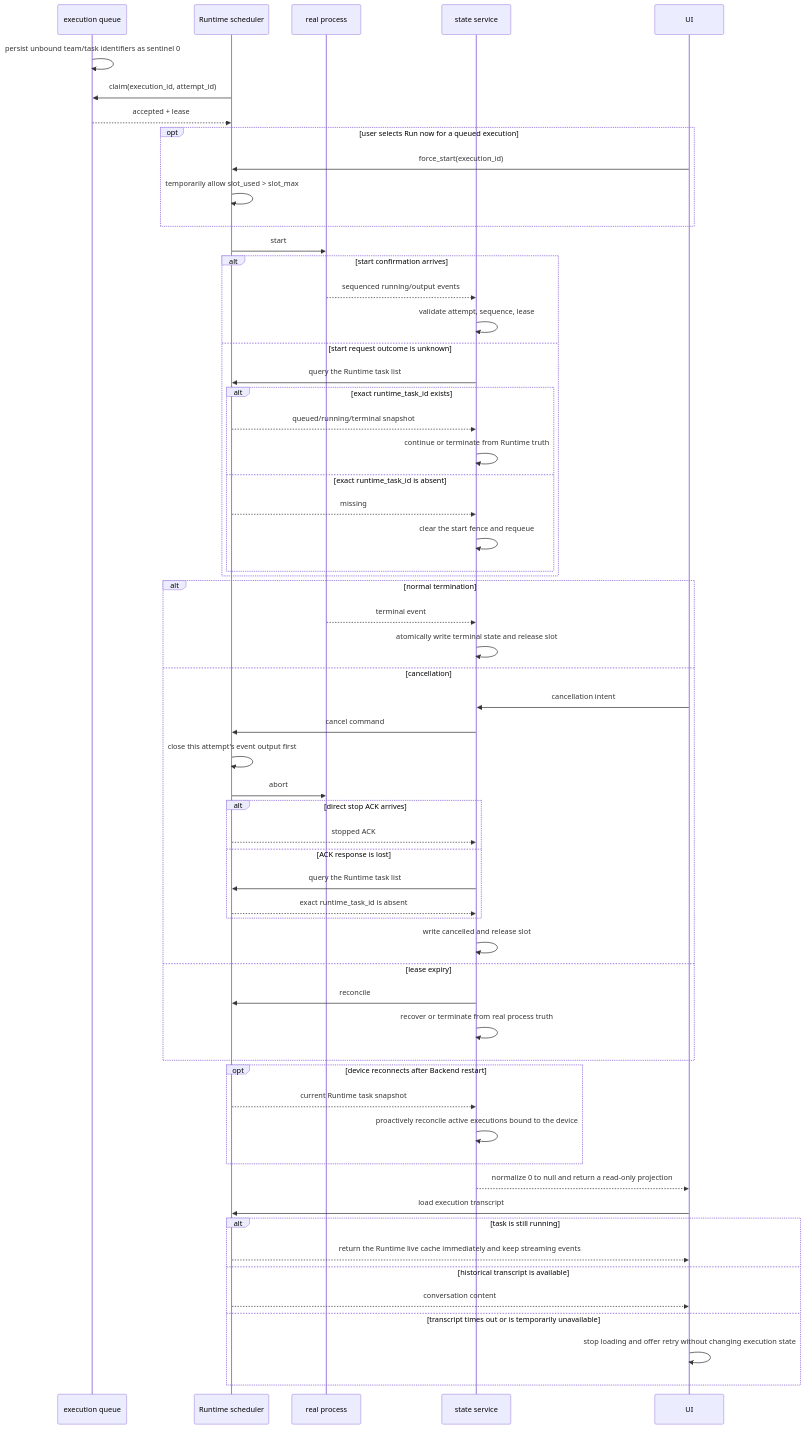
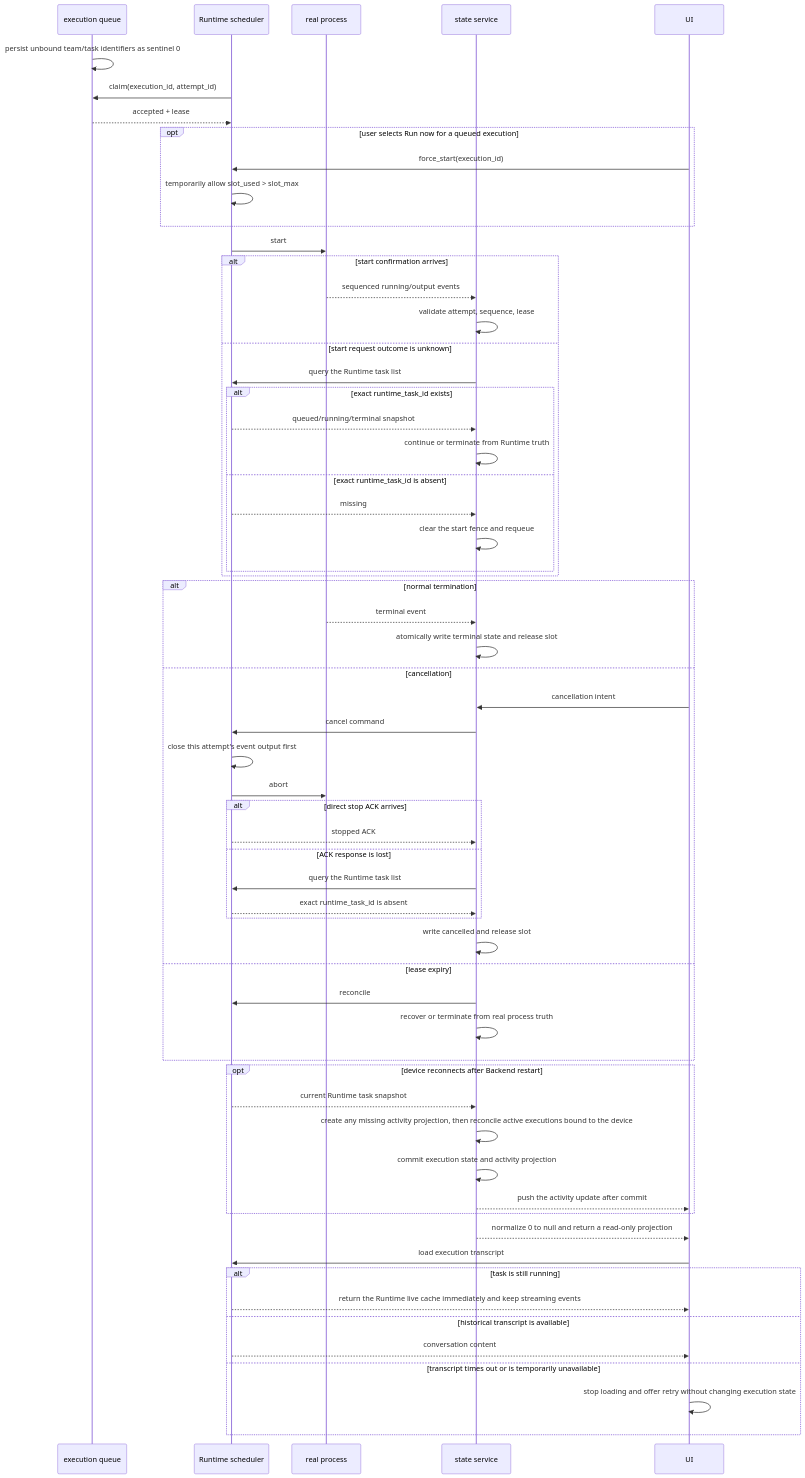
The second of 2 diagrams in docs/en/architecture/project-execution-state.md (wecode-ai/Wegent), drawn with Mermaid before and after one commit. The commit also changed other lines of this file and 24 other files, not shown here.

````diff
--- a/docs/en/architecture/project-execution-state.md
+++ b/docs/en/architecture/project-execution-state.md
@@ -33,62 +33,64 @@
 ```mermaid
 sequenceDiagram
     participant Q as execution queue
     participant R as Runtime scheduler
     participant P as real process
     participant S as state service
     participant U as UI
 
     Q->>Q: persist unbound team/task identifiers as sentinel 0
     R->>Q: claim(execution_id, attempt_id)
     Q-->>R: accepted + lease
     opt user selects Run now for a queued execution
         U->>R: force_start(execution_id)
         R->>R: temporarily allow slot_used > slot_max
     end
     R->>P: start
     alt start confirmation arrives
         P-->>S: sequenced running/output events
         S->>S: validate attempt, sequence, lease
     else start request outcome is unknown
         S->>R: query the Runtime task list
         alt exact runtime_task_id exists
             R-->>S: queued/running/terminal snapshot
             S->>S: continue or terminate from Runtime truth
         else exact runtime_task_id is absent
             R-->>S: missing
             S->>S: clear the start fence and requeue
         end
     end
     alt normal termination
         P-->>S: terminal event
         S->>S: atomically write terminal state and release slot
     else cancellation
         U->>S: cancellation intent
         S->>R: cancel command
         R->>R: close this attempt's event output first
         R->>P: abort
         alt direct stop ACK arrives
             R-->>S: stopped ACK
         else ACK response is lost
             S->>R: query the Runtime task list
             R-->>S: exact runtime_task_id is absent
         end
         S->>S: write cancelled and release slot
     else lease expiry
         S->>R: reconcile
         S->>S: recover or terminate from real process truth
     end
     opt device reconnects after Backend restart
         R-->>S: current Runtime task snapshot
-        S->>S: proactively reconcile active executions bound to the device
+        S->>S: create any missing activity projection, then reconcile active executions bound to the device
+        S->>S: commit execution state and activity projection
+        S-->>U: push the activity update after commit
     end
     S-->>U: normalize 0 to null and return a read-only projection
     U->>R: load execution transcript
     alt task is still running
         R-->>U: return the Runtime live cache immediately and keep streaming events
     else historical transcript is available
         R-->>U: conversation content
     else transcript times out or is temporarily unavailable
         U->>U: stop loading and offer retry without changing execution state
     end
 ```
````
